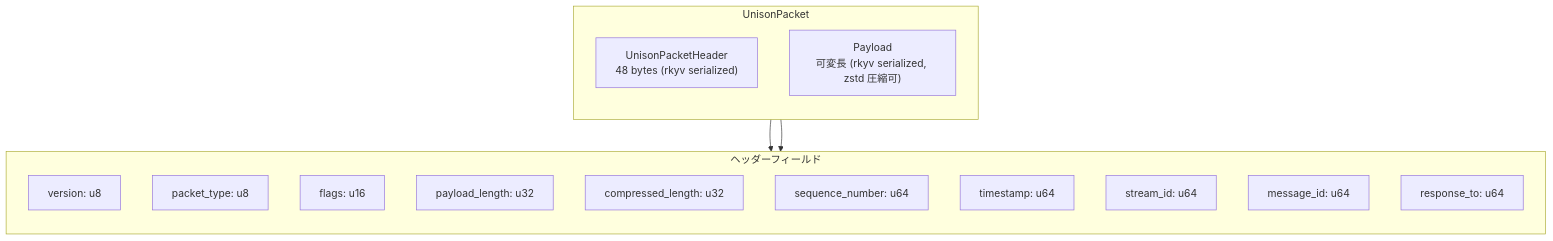
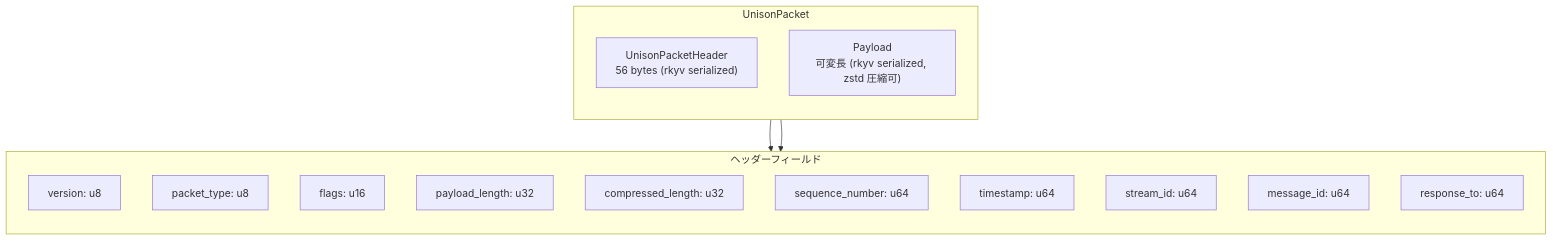
The ninth of 9 diagrams in spec/01-core-concept/SPEC.md (chronista-club/unison), drawn with Mermaid before and after one commit. The commit also changed 7 other files, not shown here.

First line of the commit message:
fix: UnisonPacketHeader のマジックナンバー除去 + SERIALIZED_SIZE 静的検証 (#21) (#24)

````diff
--- a/spec/01-core-concept/SPEC.md
+++ b/spec/01-core-concept/SPEC.md
@@ -357,26 +357,26 @@
 ```mermaid
 graph TB
     subgraph "UnisonPacket"
         direction TB
 
-        HEADER["UnisonPacketHeader<br/>48 bytes (rkyv serialized)"]
+        HEADER["UnisonPacketHeader<br/>56 bytes (rkyv serialized)"]
         PAYLOAD["Payload<br/>可変長 (rkyv serialized, zstd 圧縮可)"]
     end
 
     subgraph "ヘッダーフィールド"
         direction TB
         V["version: u8"]
         PT["packet_type: u8"]
         F["flags: u16"]
         PL["payload_length: u32"]
         CL["compressed_length: u32"]
         SN["sequence_number: u64"]
         TS["timestamp: u64"]
         SID["stream_id: u64"]
         MID["message_id: u64"]
         RT["response_to: u64"]
     end
 
     HEADER --> V
     HEADER --> PT
 ```
````
